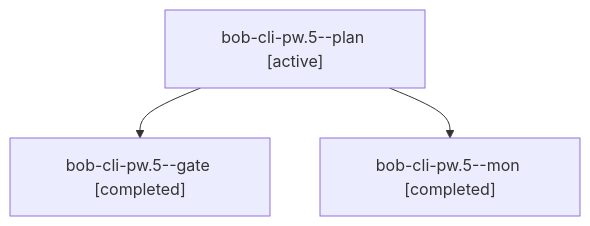
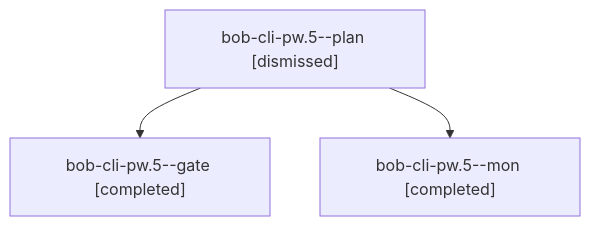
The diagram in sessions/bbugyi200.apollo.bob-cli-pw.5.md (bobs-org/bob-cli--agents), drawn with Mermaid before and after one commit. The commit also changed other lines of this file and 275 other files, not shown here.

````diff
--- a/sessions/bbugyi200.apollo.bob-cli-pw.5.md
+++ b/sessions/bbugyi200.apollo.bob-cli-pw.5.md
@@ -9,8 +9,8 @@
 ```mermaid
 flowchart TD
-  n0["bob-cli-pw.5--plan [active]"]
+  n0["bob-cli-pw.5--plan [dismissed]"]
   n1["bob-cli-pw.5--gate [completed]"]
   n0 --> n1
   n2["bob-cli-pw.5--mon [completed]"]
   n0 --> n2
 ```
````
